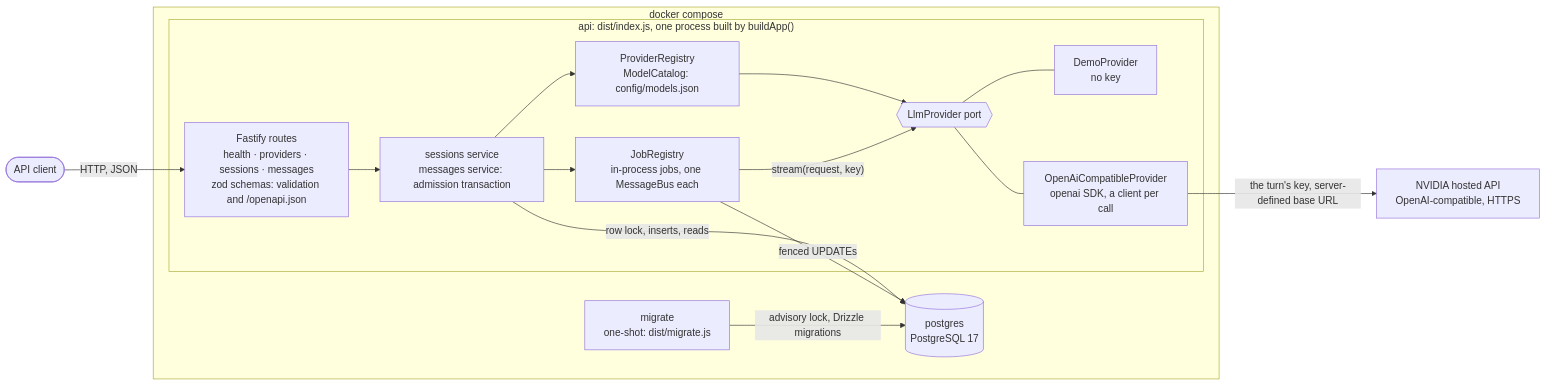
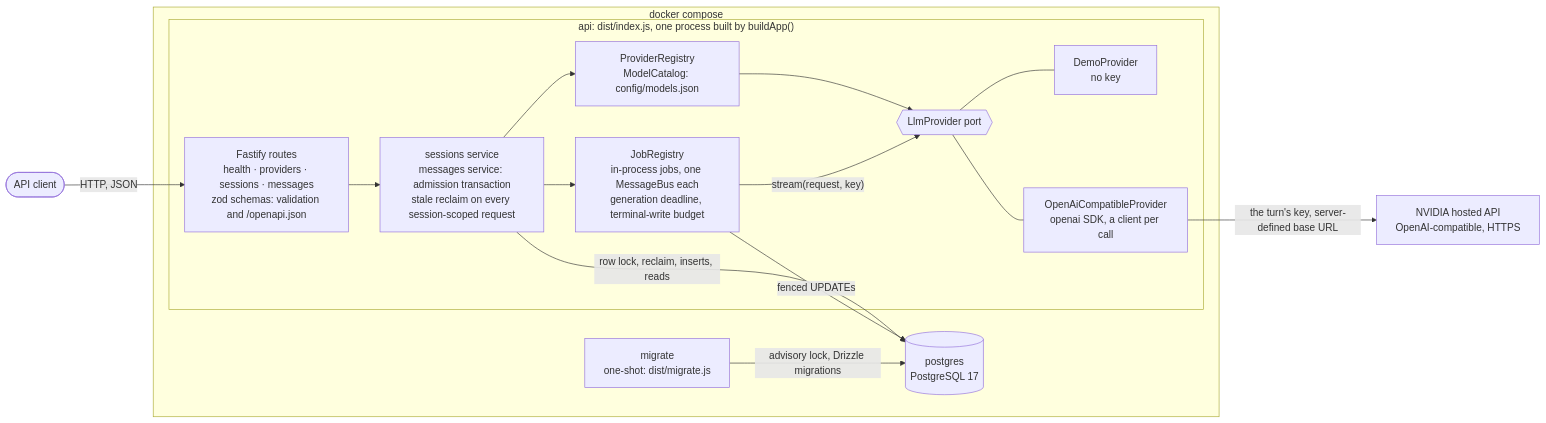
Before and after one commit to shaun0457/llm-chat-backend: the diagram in README.md, drawn with Mermaid. The commit also changed other lines of this file and 1 other file, not shown here.

````diff
--- a/README.md
+++ b/README.md
@@ -216,32 +216,32 @@
 ```mermaid
 flowchart LR
   client(["API client"])
   nvidia["NVIDIA hosted API<br/>OpenAI-compatible, HTTPS"]
 
   subgraph compose["docker compose"]
     migrate["migrate<br/>one-shot: dist/migrate.js"]
     postgres[("postgres<br/>PostgreSQL 17")]
     subgraph api["api: dist/index.js, one process built by buildApp()"]
       routes["Fastify routes<br/>health · providers · sessions · messages<br/>zod schemas: validation and /openapi.json"]
-      services["sessions service<br/>messages service: admission transaction"]
-      jobs["JobRegistry<br/>in-process jobs, one MessageBus each"]
+      services["sessions service<br/>messages service: admission transaction<br/>stale reclaim on every session-scoped request"]
+      jobs["JobRegistry<br/>in-process jobs, one MessageBus each<br/>generation deadline, terminal-write budget"]
       registry["ProviderRegistry<br/>ModelCatalog: config/models.json"]
       port{{"LlmProvider port"}}
       demo["DemoProvider<br/>no key"]
       openai["OpenAiCompatibleProvider<br/>openai SDK, a client per call"]
     end
   end
 
   client -- "HTTP, JSON" --> routes
   routes --> services
   services --> jobs
   services --> registry
   registry --> port
   jobs -- "stream(request, key)" --> port
   port --- demo
   port --- openai
   openai -- "the turn's key, server-defined base URL" --> nvidia
   migrate -- "advisory lock, Drizzle migrations" --> postgres
-  services -- "row lock, inserts, reads" --> postgres
+  services -- "row lock, reclaim, inserts, reads" --> postgres
   jobs -- "fenced UPDATEs" --> postgres
 ```
````
